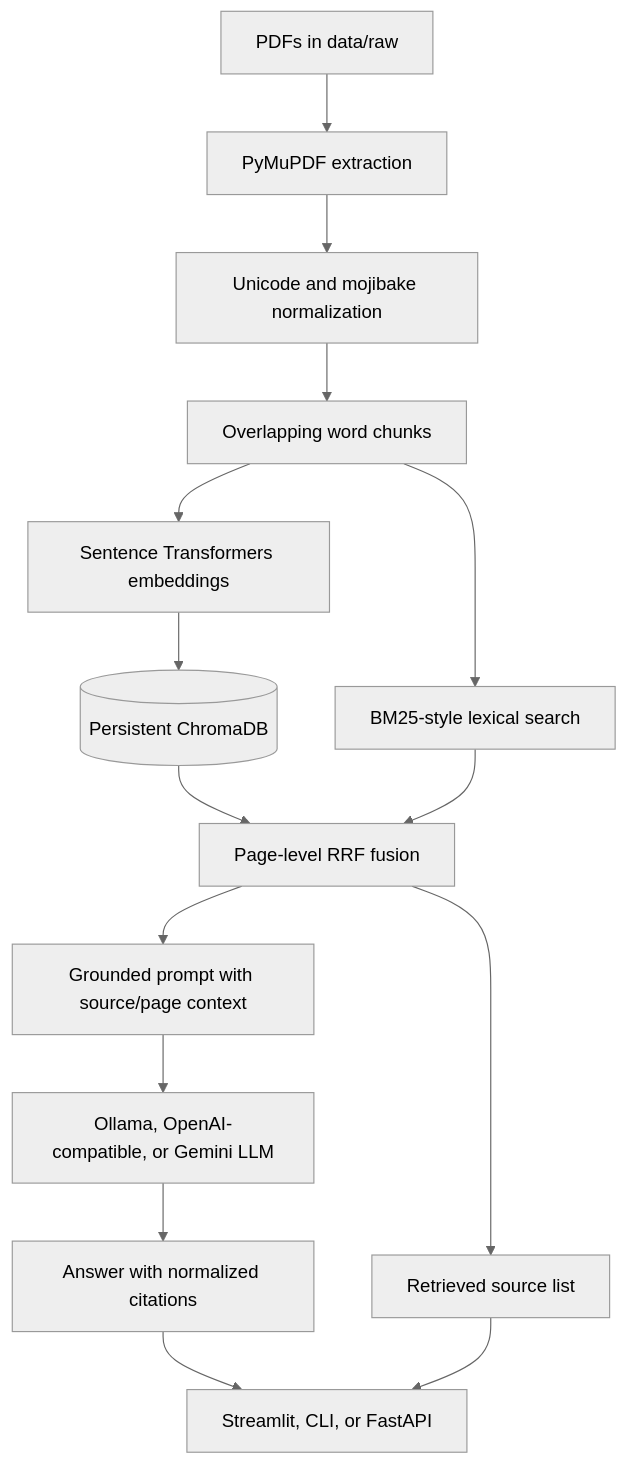
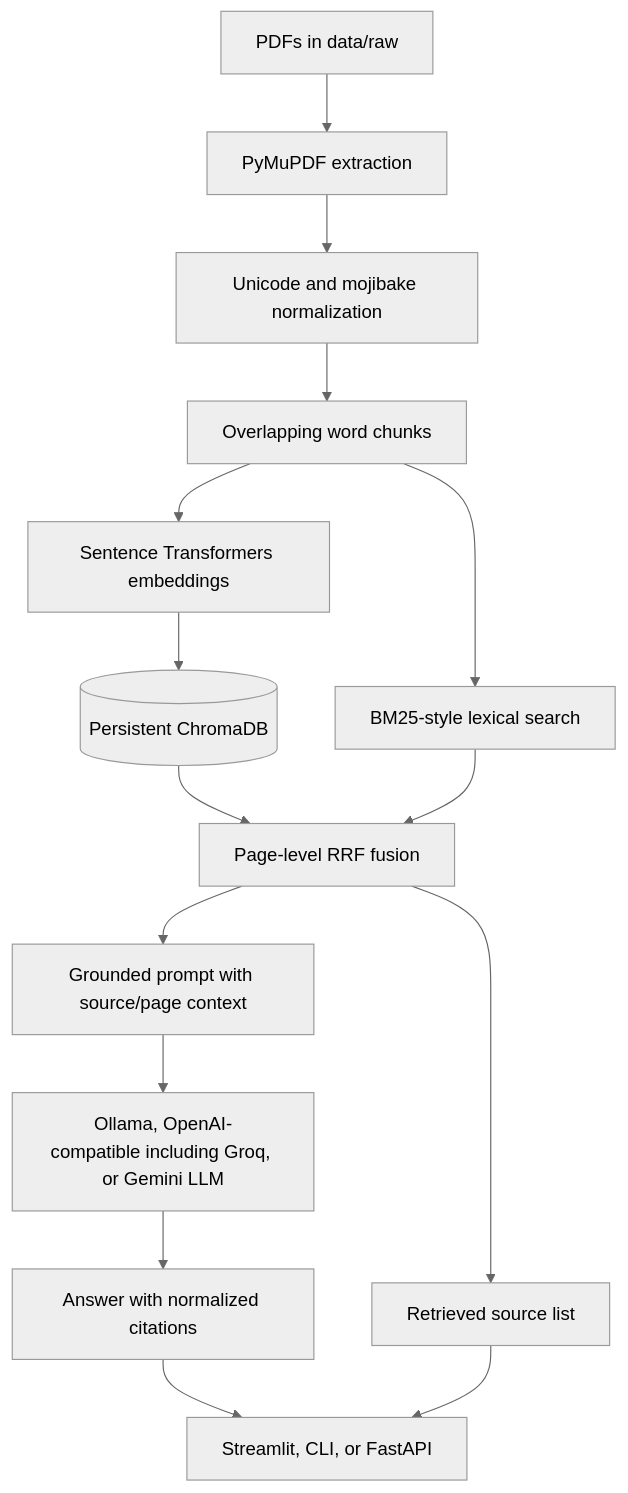
The diagram in README.md (YakshBH/Rag-docs-assistant), drawn with Mermaid (neutral theme) before and after one commit. The commit also changed other lines of this file and 13 other files, not shown here.

````diff
--- a/README.md
+++ b/README.md
@@ -36,17 +36,17 @@
 ```mermaid
 flowchart TD
     A[PDFs in data/raw] --> B[PyMuPDF extraction]
     B --> C[Unicode and mojibake normalization]
     C --> D[Overlapping word chunks]
     D --> E[Sentence Transformers embeddings]
     E --> F[(Persistent ChromaDB)]
     D --> G[BM25-style lexical search]
     F --> H[Page-level RRF fusion]
     G --> H
     H --> I[Grounded prompt with source/page context]
-    I --> J[Ollama, OpenAI-compatible, or Gemini LLM]
+    I --> J[Ollama, OpenAI-compatible including Groq, or Gemini LLM]
     J --> K[Answer with normalized citations]
     H --> L[Retrieved source list]
     K --> M[Streamlit, CLI, or FastAPI]
     L --> M
 ```
````
